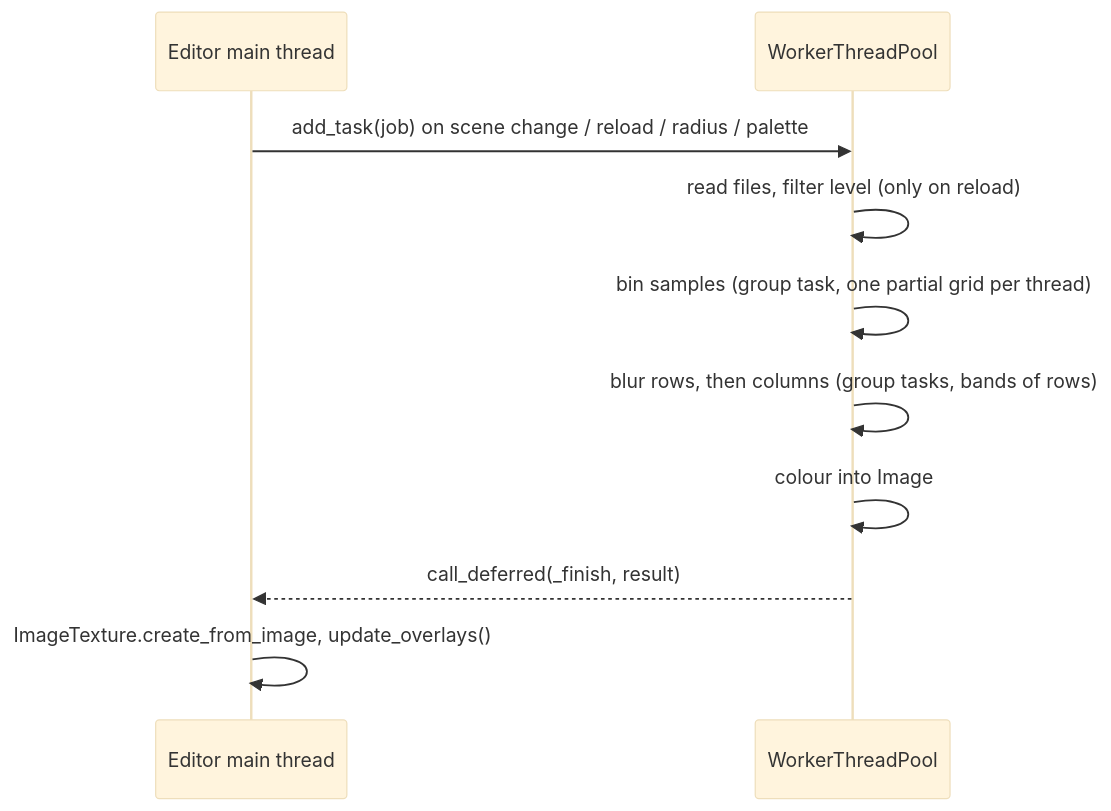
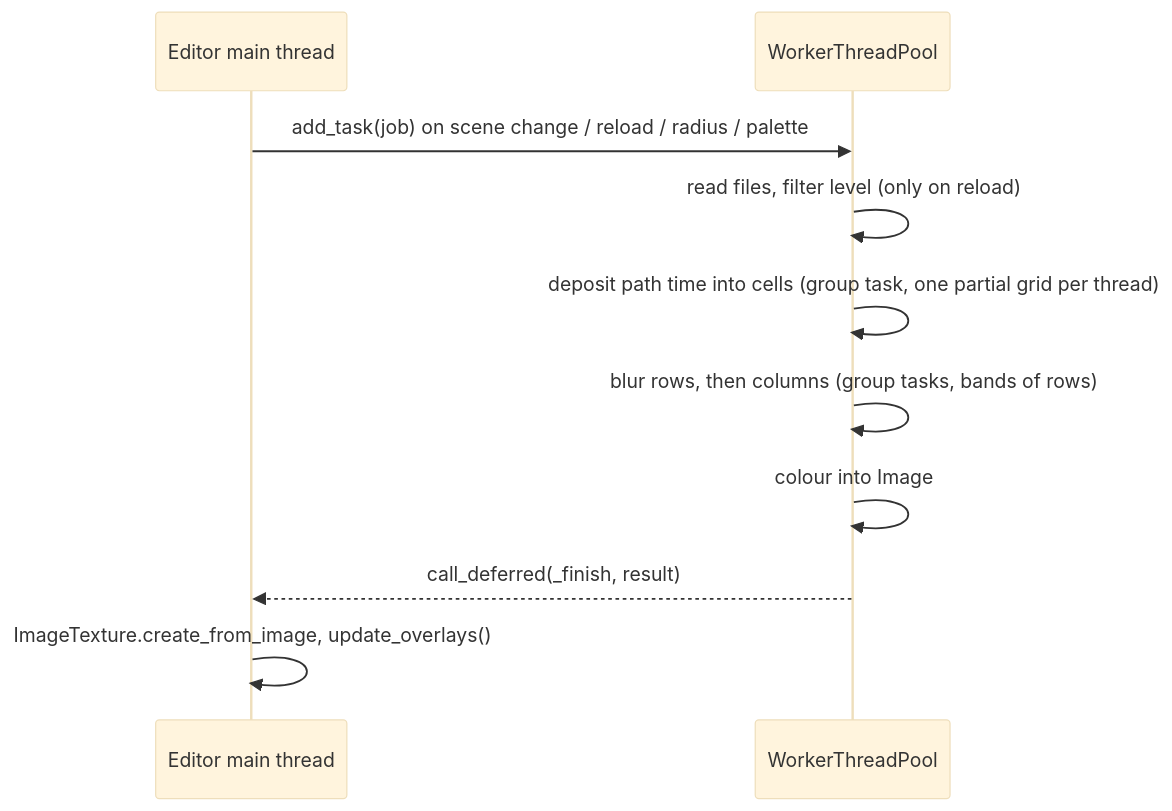
One commit to droidek314/playtrace changed the second of 2 diagrams in docs/ARCHITECTURE.md. Above: the diagram before and after it, drawn with Mermaid (base theme). The commit also changed other lines of this file and 1 other file, not shown here.

First line of the commit message:
Document time-weighted density, path breaks and percentile colours

````diff
--- a/docs/ARCHITECTURE.md
+++ b/docs/ARCHITECTURE.md
@@ -51,12 +51,12 @@
 ```mermaid
 sequenceDiagram
   participant Main as Editor main thread
   participant Pool as WorkerThreadPool
   Main->>Pool: add_task(job) on scene change / reload / radius / palette
   Pool->>Pool: read files, filter level (only on reload)
-  Pool->>Pool: bin samples (group task, one partial grid per thread)
+  Pool->>Pool: deposit path time into cells (group task, one partial grid per thread)
   Pool->>Pool: blur rows, then columns (group tasks, bands of rows)
   Pool->>Pool: colour into Image
   Pool-->>Main: call_deferred(_finish, result)
   Main->>Main: ImageTexture.create_from_image, update_overlays()
 ```
````
